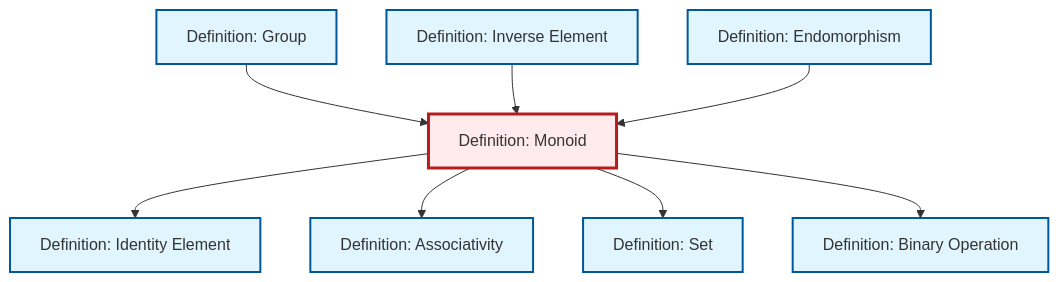
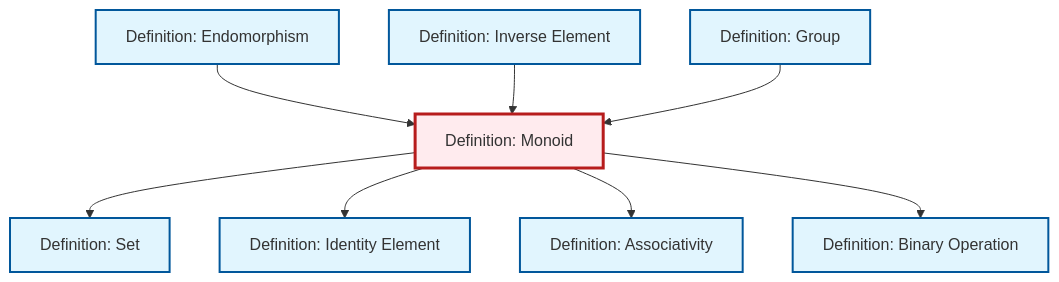
The diagram in content/en/algebra/def-monoid.qmd (RK0429/ModernMath), drawn with Mermaid before and after one commit. The commit also changed other lines of this file and 634 other files, not shown here.

````diff
--- a/content/en/algebra/def-monoid.qmd
+++ b/content/en/algebra/def-monoid.qmd
@@ -81,32 +81,32 @@
 ```{mermaid}
 %%| fig-cap: "Local dependency graph"
 graph TD
     classDef definition fill:#e1f5fe,stroke:#01579b,stroke-width:2px
     classDef theorem fill:#f3e5f5,stroke:#4a148c,stroke-width:2px
     classDef axiom fill:#fff3e0,stroke:#e65100,stroke-width:2px
     classDef example fill:#e8f5e9,stroke:#1b5e20,stroke-width:2px
     classDef current fill:#ffebee,stroke:#b71c1c,stroke-width:3px
+    def-monoid["Definition: Monoid"]:::definition
+    def-group["Definition: Group"]:::definition
     def-binary-operation["Definition: Binary Operation"]:::definition
     def-associativity["Definition: Associativity"]:::definition
+    def-endomorphism["Definition: Endomorphism"]:::definition
+    def-inverse-element["Definition: Inverse Element"]:::definition
+    def-identity-element["Definition: Identity Element"]:::definition
     def-set["Definition: Set"]:::definition
-    def-group["Definition: Group"]:::definition
-    def-monoid["Definition: Monoid"]:::definition
-    def-inverse-element["Definition: Inverse Element"]:::definition
-    def-endomorphism["Definition: Endomorphism"]:::definition
-    def-identity-element["Definition: Identity Element"]:::definition
+    def-endomorphism --> def-monoid
+    def-inverse-element --> def-monoid
+    def-monoid --> def-set
     def-monoid --> def-identity-element
+    def-monoid --> def-associativity
     def-group --> def-monoid
-    def-monoid --> def-associativity
-    def-inverse-element --> def-monoid
-    def-endomorphism --> def-monoid
-    def-monoid --> def-set
     def-monoid --> def-binary-operation
     class def-monoid current
+    click def-group "def-group.html" "Go to Group definition"
     click def-binary-operation "def-binary-operation.html" "Go to Binary Operation definition"
     click def-associativity "def-associativity.html" "Go to Associativity definition"
+    click def-endomorphism "def-endomorphism.html" "Go to Endomorphism definition"
+    click def-inverse-element "def-inverse-element.html" "Go to Inverse Element definition"
+    click def-identity-element "def-identity-element.html" "Go to Identity Element definition"
     click def-set "def-set.html" "Go to Set definition"
-    click def-group "def-group.html" "Go to Group definition"
-    click def-inverse-element "def-inverse-element.html" "Go to Inverse Element definition"
-    click def-endomorphism "def-endomorphism.html" "Go to Endomorphism definition"
-    click def-identity-element "def-identity-element.html" "Go to Identity Element definition"
 ```
````
